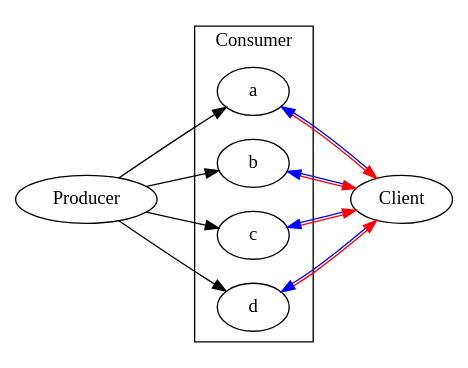
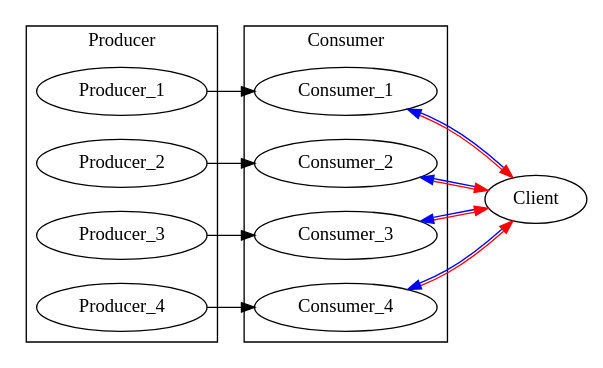
Before and after one commit to KeyboardKobold/go-failover: the diagram in graphviz/scene_ovrld_unsync.dot, drawn with Graphviz.

Commit message:
Changed scene to reflect actual architecture better

```diff
--- a/graphviz/scene_ovrld_unsync.dot
+++ b/graphviz/scene_ovrld_unsync.dot
@@ -1,13 +1,21 @@
 digraph {
     overlap=scale
     rankdir=LR;
     compound=true;
 
     subgraph cluster0 {
         label="Consumer";
-        a; b; c; d;
+        Consumer_1; Consumer_2; Consumer_3; Consumer_4;
     }
 
-    Producer -> { a b c d }
-    { a b c d } -> Client [dir=both color="red:blue"]
+    subgraph cluster1 {
+        label="Producer";
+        Producer_1; Producer_2; Producer_3; Producer_4;
+    }
+
+    Producer_1 -> Consumer_1
+    Producer_2 -> Consumer_2
+    Producer_3 -> Consumer_3
+    Producer_4 -> Consumer_4
+    { Consumer_1 Consumer_2 Consumer_3 Consumer_4 } -> Client [dir=both color="red:blue"]
 }
```
